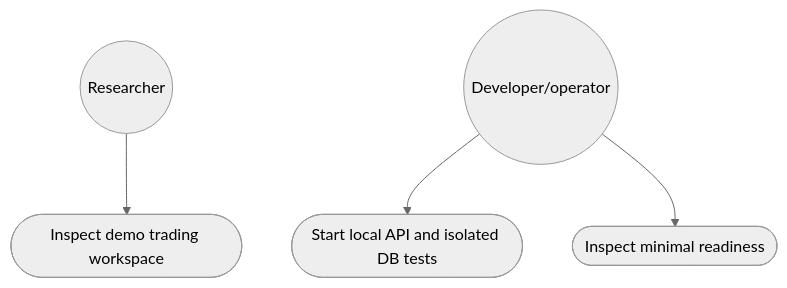
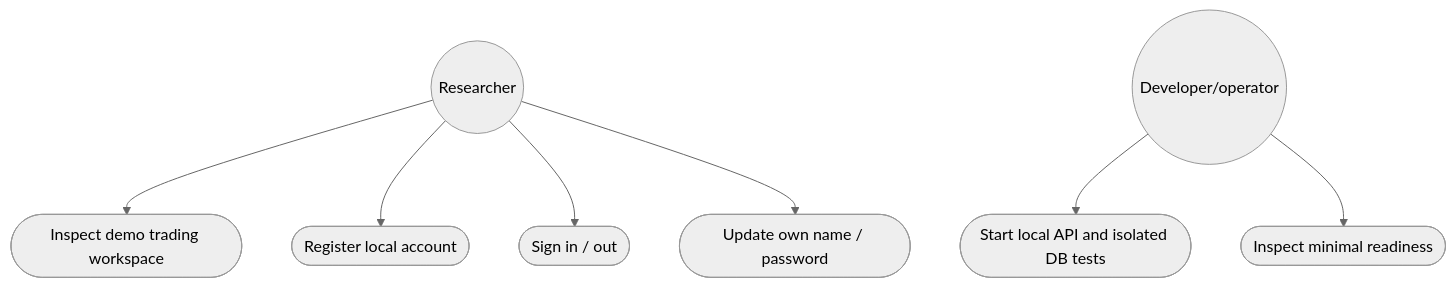
One commit to tranbaohoang10/AITrading changed the second of 2 diagrams in docs/architecture.md. Above: the diagram before and after it, drawn with Mermaid (neutral theme). The commit also changed other lines of this file and 50 other files, not shown here.

````diff
--- a/docs/architecture.md
+++ b/docs/architecture.md
@@ -26,6 +26,9 @@
 ```mermaid
 flowchart TB
   Researcher((Researcher)) --> Shell([Inspect demo trading workspace])
+  Researcher --> Register([Register local account])
+  Researcher --> Login([Sign in / out])
+  Researcher --> Account([Update own name / password])
   Operator((Developer/operator)) --> Start([Start local API and isolated DB tests])
   Operator --> Ready([Inspect minimal readiness])
 ```
````
